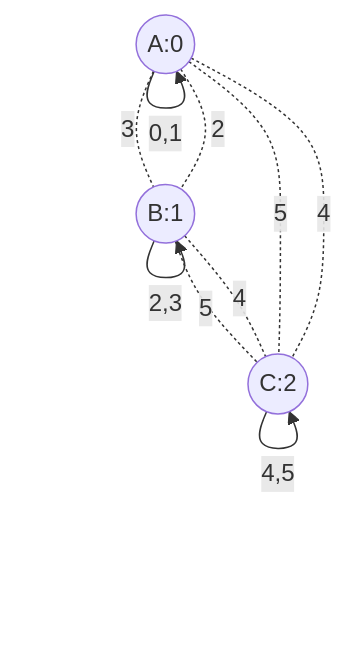
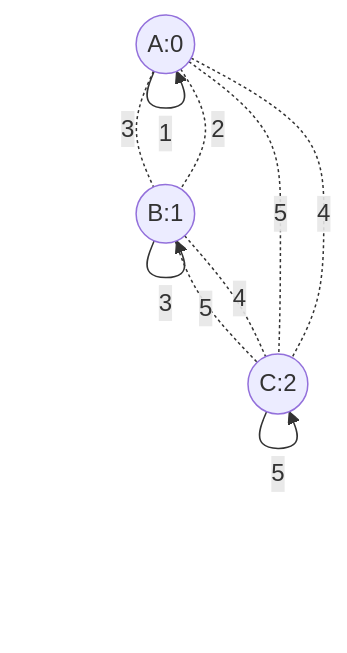
One commit to randomfunkstyle/randomfun2025swift changed the diagram in Resources/TestMaps/three_rooms_two_loops.md. Above: the diagram before and after it, drawn with Mermaid. The commit also changed 12 other files, not shown here.

````diff
--- a/Resources/TestMaps/three_rooms_two_loops.md
+++ b/Resources/TestMaps/three_rooms_two_loops.md
@@ -3,17 +3,20 @@
 ```mermaid
 graph TD
     A((A:0))
     B((B:1))
     C((C:2))
     
     A -.2.- B
     A -.3.- B
     A -.4.- C
     A -.5.- C
     B -.4.- C
     B -.5.- C
     
-    A --0,1--> A
-    B --2,3--> B
-    C --4,5--> C
+    A --0--> A
+    A --1--> A
+    B --2--> B
+    B --3--> B
+    C --4--> C
+    C --5--> C
 ```
````
